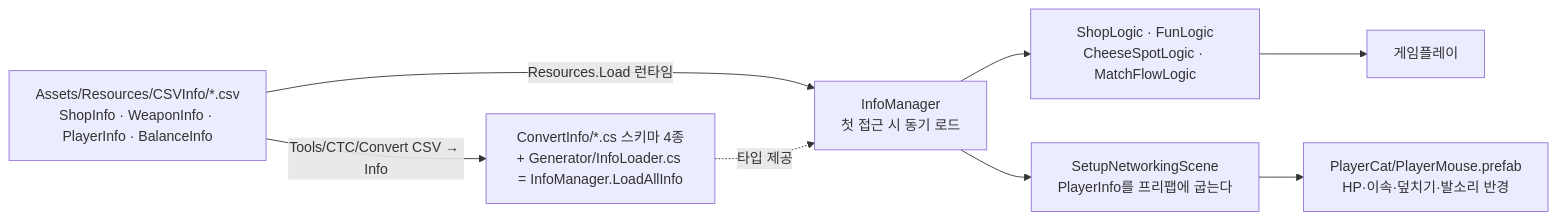
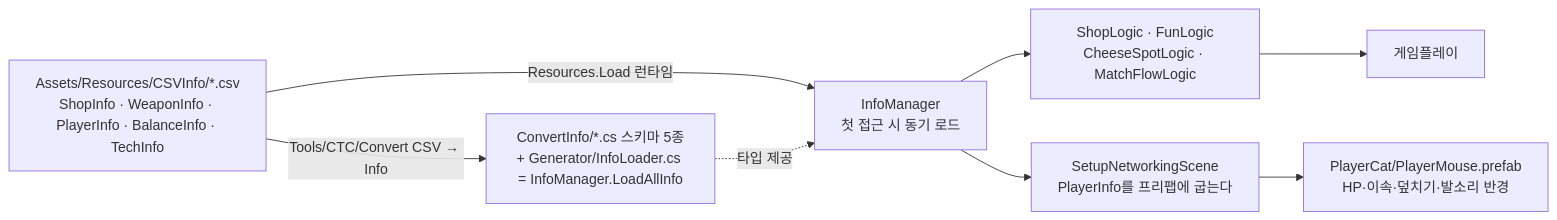
Before and after one commit to JeahanPark/The-Cheese-Thief-and-the-Cat: diagram 26 of 33 in CTC/docs/design-vault/코드 다이어그램.md, drawn with Mermaid. The commit also changed other lines of this file and 3 other files, not shown here.

````diff
--- a/CTC/docs/design-vault/코드 다이어그램.md
+++ b/CTC/docs/design-vault/코드 다이어그램.md
@@ -1198,11 +1285,11 @@
 ```mermaid
 flowchart LR
-    CSV[Assets/Resources/CSVInfo/*.csv<br/>ShopInfo · WeaponInfo · PlayerInfo · BalanceInfo]
-    CSV -->|Tools/CTC/Convert CSV → Info| Gen[ConvertInfo/*.cs 스키마 4종<br/>+ Generator/InfoLoader.cs = InfoManager.LoadAllInfo]
+    CSV[Assets/Resources/CSVInfo/*.csv<br/>ShopInfo · WeaponInfo · PlayerInfo · BalanceInfo · TechInfo]
+    CSV -->|Tools/CTC/Convert CSV → Info| Gen[ConvertInfo/*.cs 스키마 5종<br/>+ Generator/InfoLoader.cs = InfoManager.LoadAllInfo]
     CSV -->|Resources.Load 런타임| IM[InfoManager<br/>첫 접근 시 동기 로드]
     Gen -.타입 제공.-> IM
     IM --> Logic[ShopLogic · FunLogic<br/>CheeseSpotLogic · MatchFlowLogic]
     IM --> Setup[SetupNetworkingScene<br/>PlayerInfo를 프리팹에 굽는다]
     Logic --> Game[게임플레이]
     Setup --> Prefab[PlayerCat/PlayerMouse.prefab<br/>HP·이속·덮치기·발소리 반경]
 ```
````
